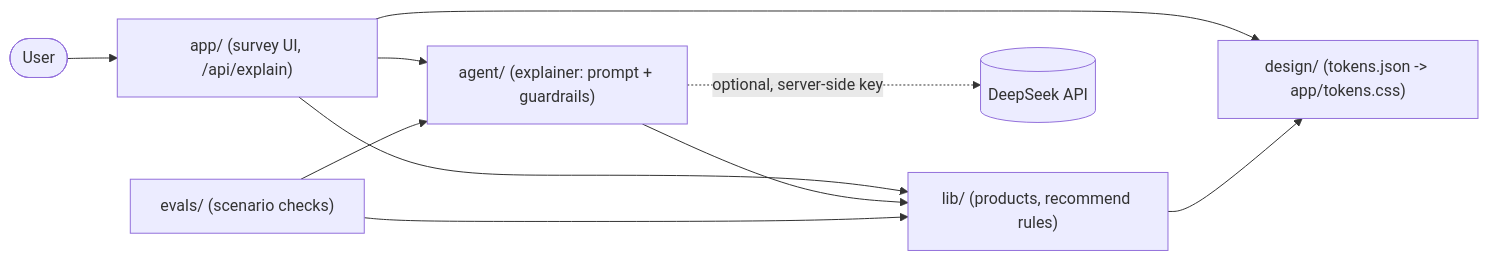
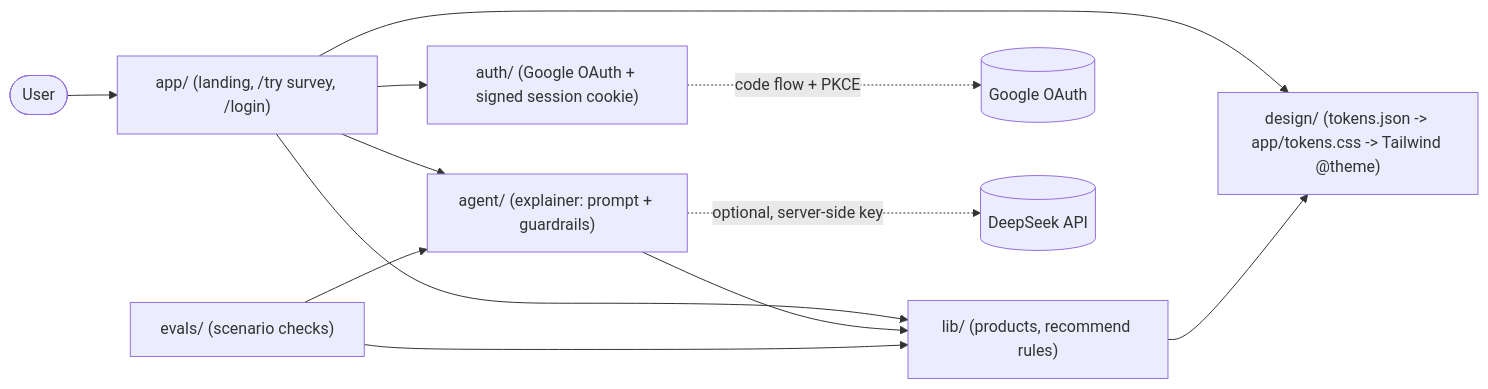
The diagram in architecture/diagram.mmd (donkimc/beautyscanner), drawn with Mermaid before and after one commit. The commit also changed 27 other files, not shown here.

First line of the commit message:
Add mobile landing page, Google login, mock newsletter, Tailwind redesign

```diff
--- a/architecture/diagram.mmd
+++ b/architecture/diagram.mmd
@@ -1,10 +1,12 @@
 flowchart LR
-  user([User]) --> app["app/ (survey UI, /api/explain)"]
-  app --> lib["lib/ (products, recommend rules)"]
-  app --> agent["agent/ (explainer: prompt + guardrails)"]
+  user([User]) --> landing["app/ (landing, /try survey, /login)"]
+  landing --> lib["lib/ (products, recommend rules)"]
+  landing --> agent["agent/ (explainer: prompt + guardrails)"]
+  landing --> design["design/ (tokens.json -> app/tokens.css -> Tailwind @theme)"]
+  landing --> authlayer["auth/ (Google OAuth + signed session cookie)"]
+  authlayer -. "code flow + PKCE" .-> google[(Google OAuth)]
   agent --> lib
   agent -. "optional, server-side key" .-> deepseek[(DeepSeek API)]
-  app --> design["design/ (tokens.json -> app/tokens.css)"]
   lib --> design
   evals["evals/ (scenario checks)"] --> lib
   evals --> agent
```
